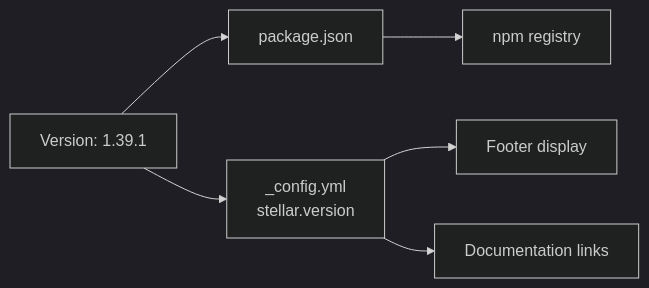
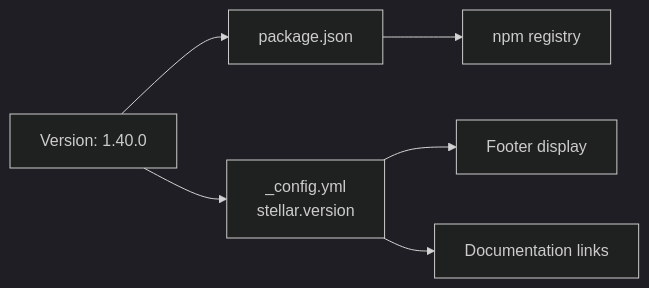
The fifth of 5 diagrams in themes/stellar/docs/knowledge/00-总览与安装配置/installation.md (penndu/hexo), drawn with Mermaid (dark theme) before and after one commit. The commit also changed other lines of this file and 75 other files, not shown here.

````diff
--- a/themes/stellar/docs/knowledge/00-总览与安装配置/installation.md
+++ b/themes/stellar/docs/knowledge/00-总览与安装配置/installation.md
@@ -373,14 +373,14 @@
 ```mermaid
 graph LR
-    VER["Version: 1.39.1"]
+    VER["Version: 1.40.0"]
     
     PKG["package.json"]
     CONFIG["_config.yml<br/>stellar.version"]
     
     VER --> PKG
     VER --> CONFIG
     
     PKG --> NPM["npm registry"]
     CONFIG --> FOOTER["Footer display"]
     CONFIG --> DOCS["Documentation links"]
 ```
````
